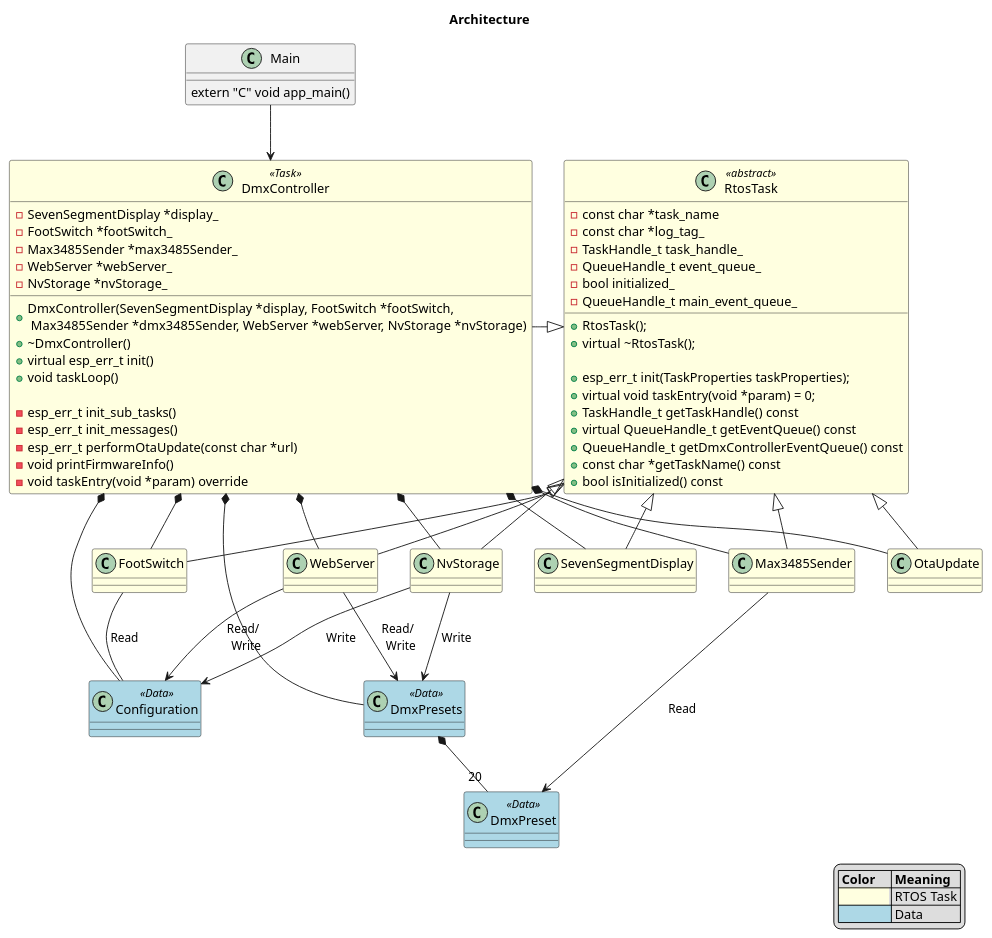
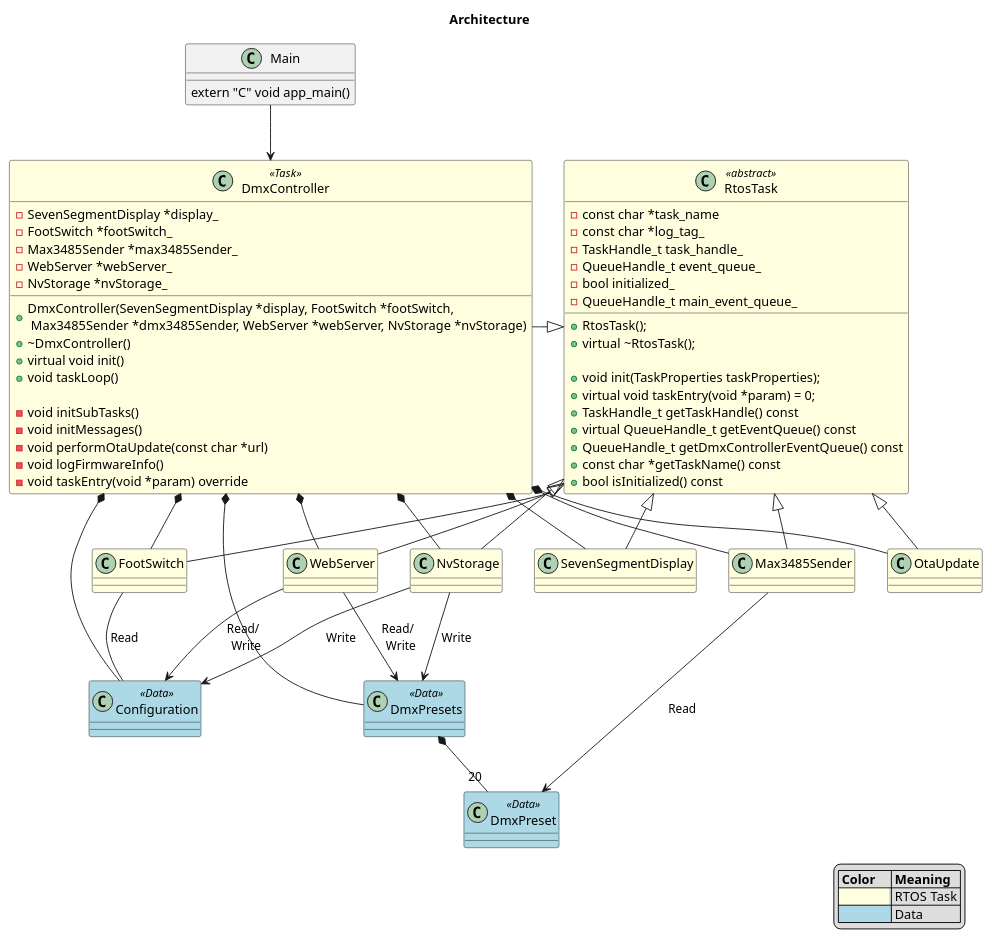
One commit to michelkeijzers/Esp32DmxController changed the first of 8 diagrams in Documentation/software_design.puml. Above: the diagram before and after it, drawn with PlantUML. The commit also changed other lines of this file and 29 other files, not shown here.

Commit message:
Adapted init uml diagram, removes esp_err_t, generated unit tests

```diff
--- a/Documentation/software_design.puml
+++ b/Documentation/software_design.puml
@@ -1,113 +1,113 @@
 @startuml
 title Architecture
 
 legend right
     |= Color |= Meaning |
     |<back:LightYellow>               | RTOS Task |
     |<back:LightBlue>                | Data |
 endlegend
 
 class Main  
 {
     extern "C" void app_main()
 }
 
 class RtosTask <<abstract>> #lightYellow 
 {
     +RtosTask();
     +virtual ~RtosTask();
 
-    +esp_err_t init(TaskProperties taskProperties);
+    +void init(TaskProperties taskProperties);
     +virtual void taskEntry(void *param) = 0;
     +TaskHandle_t getTaskHandle() const
     +virtual QueueHandle_t getEventQueue() const
     +QueueHandle_t getDmxControllerEventQueue() const
     +const char *getTaskName() const
     +bool isInitialized() const
 
     -const char *task_name
     -const char *log_tag_
     -TaskHandle_t task_handle_
     -QueueHandle_t event_queue_
     -bool initialized_
     -QueueHandle_t main_event_queue_
 }
 
 class DmxController <<Task>> #LightYellow
 {
     +DmxController(SevenSegmentDisplay *display, FootSwitch *footSwitch, \n Max3485Sender *dmx3485Sender, WebServer *webServer, NvStorage *nvStorage)
     +~DmxController()
-    +virtual esp_err_t init()
+    +virtual void init()
     +void taskLoop()
 
-    -esp_err_t init_sub_tasks()
-    -esp_err_t init_messages()
-    -esp_err_t performOtaUpdate(const char *url)
-    -void printFirmwareInfo()
+    -void initSubTasks()
+    -void initMessages()
+    -void performOtaUpdate(const char *url)
+    -void logFirmwareInfo()
 
     -SevenSegmentDisplay *display_
     -FootSwitch *footSwitch_
     -Max3485Sender *max3485Sender_
     -WebServer *webServer_
     -NvStorage *nvStorage_
     
     -void taskEntry(void *param) override
 }
 
 Main -d-> DmxController
 DmxController -|> RtosTask
 
 class NvStorage #lightYellow {}
 DmxController *-- NvStorage
 NvStorage -u-|> RtosTask
 
 class Max3485Sender #lightYellow {}
 DmxController *- Max3485Sender
 Max3485Sender -u-|> RtosTask
 
 class FootSwitch #lightYellow {}
 DmxController *-- FootSwitch
 FootSwitch -u-|> RtosTask
 
 class SevenSegmentDisplay #lightYellow {}
 DmxController *-- SevenSegmentDisplay
 SevenSegmentDisplay -u-|> RtosTask
 
 class OtaUpdate #lightYellow {}
 DmxController *-- OtaUpdate
 OtaUpdate -u-|> RtosTask
 
 class WebServer #lightYellow {}
 DmxController *-- WebServer
 WebServer -u-|> RtosTask
 
 'class OscHandler <<RtosTask>> #lightYellow {}
 'DmxController *-- OscHandler
 
 'class ArtNetSender <<RtosTask>> #lightYellow {}
 'DmxController *-- ArtNetSender
 'ArtNetSender --> DmxPreset : Read
 
 class DmxPresets <<Data>> #lightBlue {}
 DmxController *-- DmxPresets
 
 class DmxPreset <<Data>> #lightBlue {}
 DmxPresets *--"20" DmxPreset
 
 class Configuration <<Data>> #lightBlue {}
 DmxController *-- Configuration
 
 NvStorage --> DmxPresets : Write
 NvStorage --> Configuration : Write
 
 'class OscConfiguration <<Data>> #grey {}
 'Configuration *-- OscConfiguration
 'OscHandler -- OscConfiguration : Read
 
 FootSwitch -- Configuration : Read
 
 WebServer --> DmxPresets : Read/ \n Write
 WebServer --> Configuration : Read/ \n Write
 
 Max3485Sender --> DmxPreset : Read
 @enduml 
```
